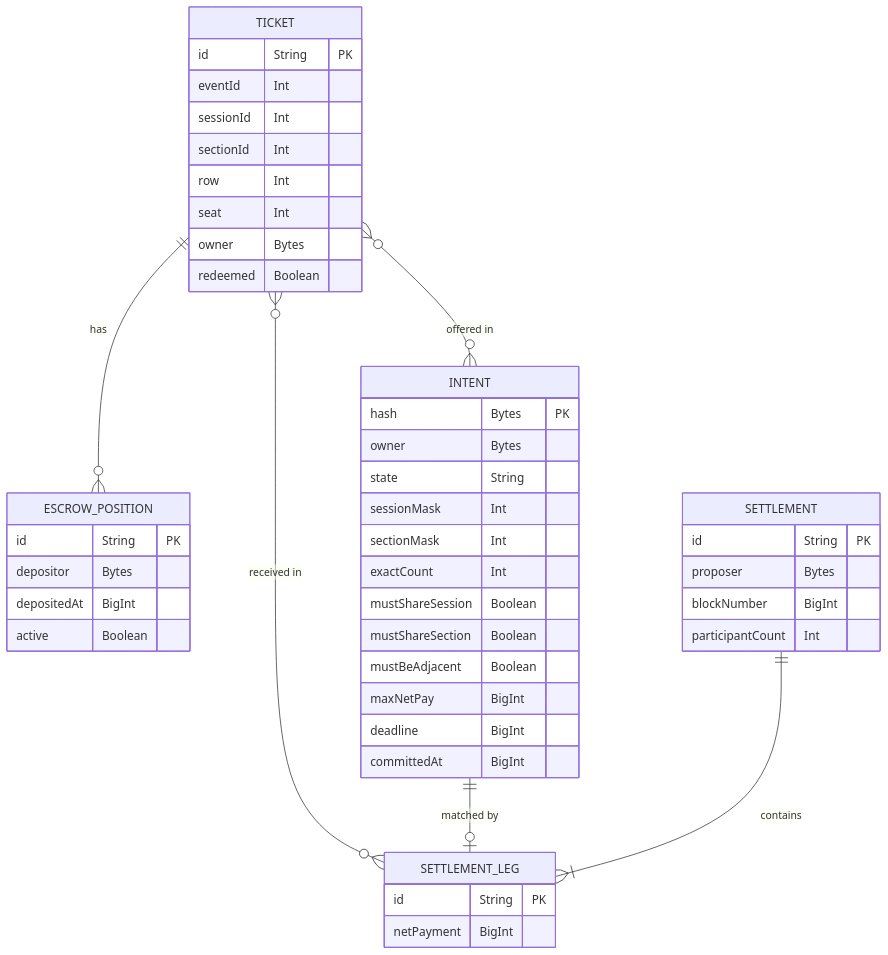
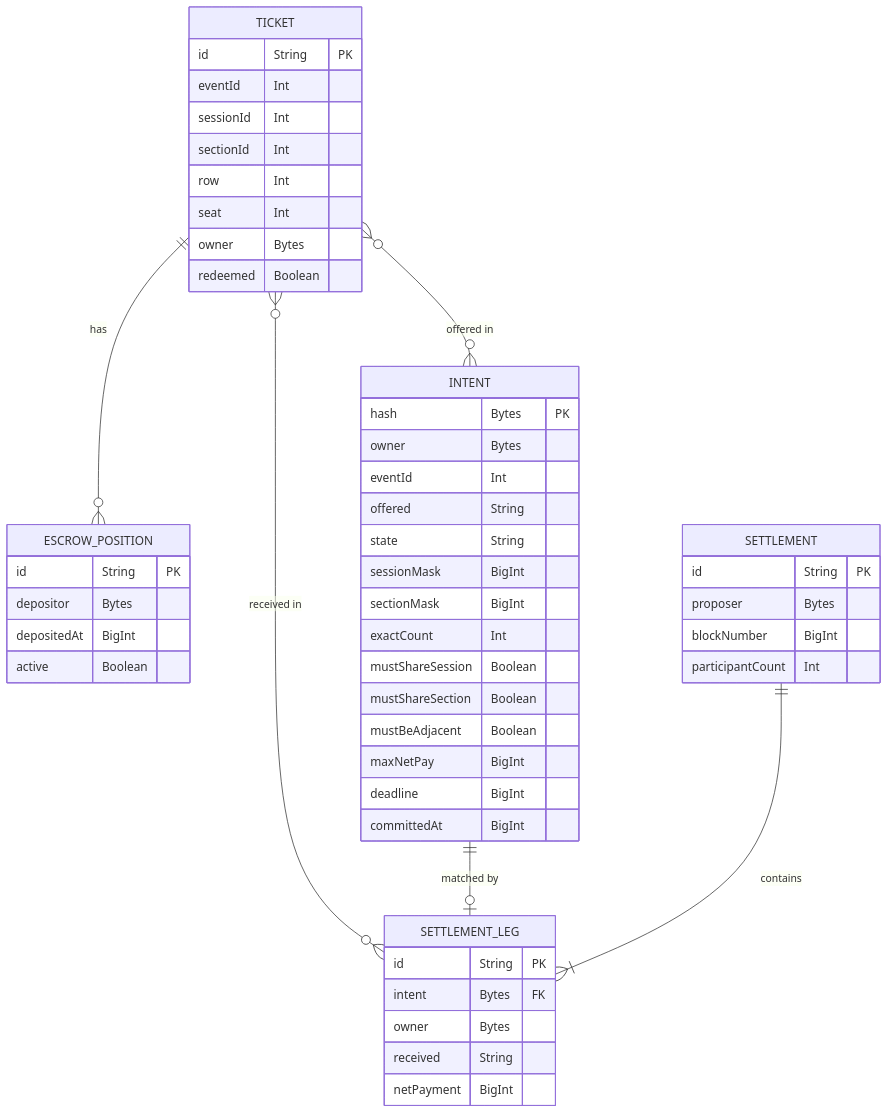
Before and after one commit to angelphoon7/online2026: diagram 21 of 26 in README.md, drawn with Mermaid. The commit also changed other lines of this file and 6 other files, not shown here.

````diff
--- a/README.md
+++ b/README.md
@@ -625,49 +660,54 @@
 ```mermaid
 erDiagram
     TICKET ||--o{ ESCROW_POSITION : "has"
     TICKET }o--o{ INTENT : "offered in"
     TICKET }o--o{ SETTLEMENT_LEG : "received in"
     INTENT ||--o| SETTLEMENT_LEG : "matched by"
     SETTLEMENT ||--|{ SETTLEMENT_LEG : "contains"
 
     TICKET {
         id String PK
         eventId Int
         sessionId Int
         sectionId Int
         row Int
         seat Int
         owner Bytes
         redeemed Boolean
     }
     ESCROW_POSITION {
         id String PK
         depositor Bytes
         depositedAt BigInt
         active Boolean
     }
     INTENT {
         hash Bytes PK
         owner Bytes
+        eventId Int
+        offered String
         state String
-        sessionMask Int
-        sectionMask Int
+        sessionMask BigInt
+        sectionMask BigInt
         exactCount Int
         mustShareSession Boolean
         mustShareSection Boolean
         mustBeAdjacent Boolean
         maxNetPay BigInt
         deadline BigInt
         committedAt BigInt
     }
     SETTLEMENT {
         id String PK
         proposer Bytes
         blockNumber BigInt
         participantCount Int
     }
     SETTLEMENT_LEG {
         id String PK
+        intent Bytes FK
+        owner Bytes
+        received String
         netPayment BigInt
     }
 ```
````
